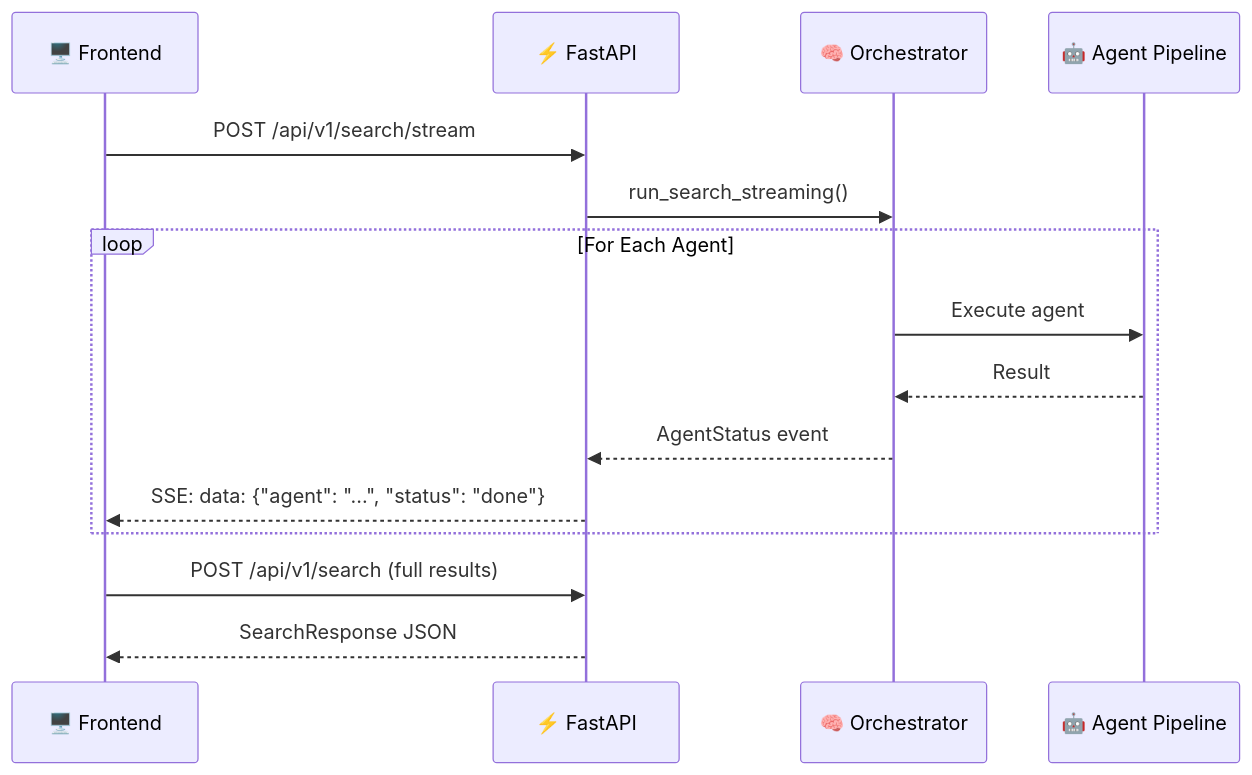
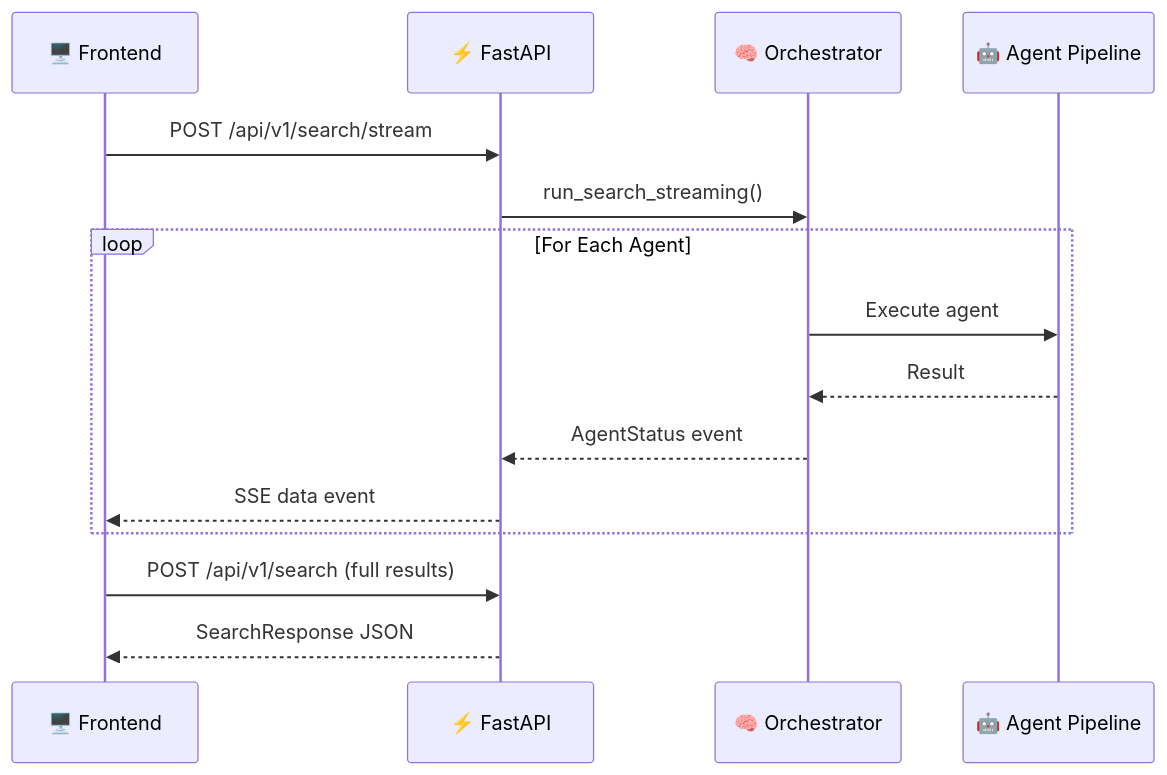
Before and after one commit to SHYam1025/ShopMind.AI: the second of 2 diagrams in README.md, drawn with Mermaid. The commit also changed other lines of this file, not shown here.

````diff
--- a/README.md
+++ b/README.md
@@ -128,20 +116,20 @@
 ```mermaid
 sequenceDiagram
     participant User as 🖥️ Frontend
     participant API as ⚡ FastAPI
     participant Orc as 🧠 Orchestrator
     participant Agents as 🤖 Agent Pipeline
 
     User->>API: POST /api/v1/search/stream
     API->>Orc: run_search_streaming()
-    
+
     loop For Each Agent
         Orc->>Agents: Execute agent
         Agents-->>Orc: Result
         Orc-->>API: AgentStatus event
-        API-->>User: SSE: data: {"agent": "...", "status": "done"}
+        API-->>User: SSE data event
     end
 
     User->>API: POST /api/v1/search (full results)
     API-->>User: SearchResponse JSON
 ```
````
